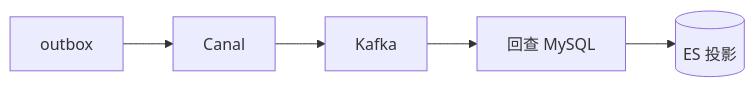
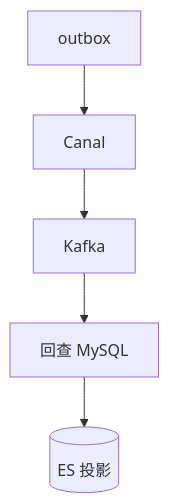
The sixth of 9 diagrams in docs/modules/13-项目面试作答手册.md (bitladykiller/zhiguang_go), drawn with Mermaid before and after one commit. The commit also changed other lines of this file and 11 other files, not shown here.

Commit message:
docs: 架构文档增强与纵向流程图

````diff
--- a/docs/modules/13-项目面试作答手册.md
+++ b/docs/modules/13-项目面试作答手册.md
@@ -542,4 +542,7 @@
 ```mermaid
-flowchart LR
-    A[outbox] --> B[Canal] --> C[Kafka] --> D[回查 MySQL] --> E[(ES 投影)]
+flowchart TD
+    A[outbox] --> B[Canal]
+    B --> C[Kafka]
+    C --> D[回查 MySQL]
+    D --> E[(ES 投影)]
 ```
````
